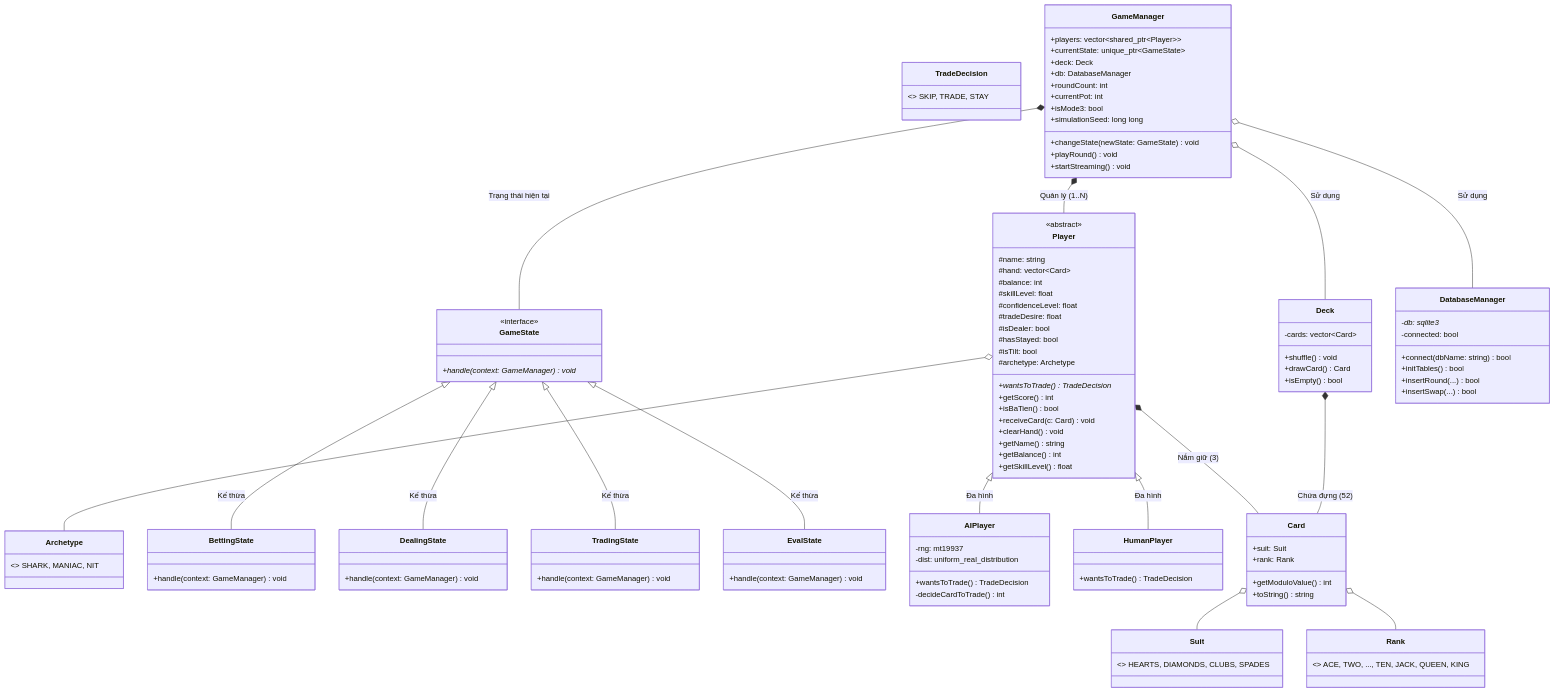
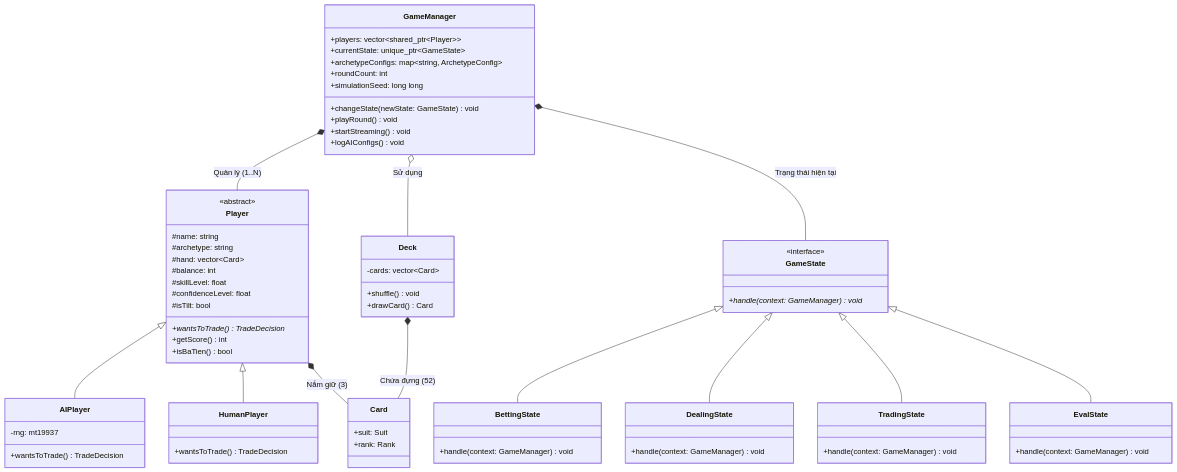
The diagram in docs/OOP_ARCHITECTURE.md (trung-nova/BaiCaoCai_Simulator-DEV), drawn with Mermaid before and after one commit. The commit also changed other lines of this file and 4 other files, not shown here.

````diff
--- a/docs/OOP_ARCHITECTURE.md
+++ b/docs/OOP_ARCHITECTURE.md
@@ -11,11 +9,5 @@
 ```mermaid
 classDiagram
-    %% --- Định nghĩa các Enums ---
-    class Suit { <<enumeration>> HEARTS, DIAMONDS, CLUBS, SPADES }
-    class Rank { <<enumeration>> ACE, TWO, ..., TEN, JACK, QUEEN, KING }
-    class Archetype { <<enumeration>> SHARK, MANIAC, NIT }
-    class TradeDecision { <<enumeration>> SKIP, TRADE, STAY }
-
     %% --- Giao diện Trạng thái (State Pattern) ---
     class GameState {
         <<interface>>
@@ -27,95 +19,67 @@
     class TradingState { +handle(context: GameManager) void }
     class EvalState { +handle(context: GameManager) void }
 
-    GameState <|-- BettingState : Kế thừa
-    GameState <|-- DealingState : Kế thừa
-    GameState <|-- TradingState : Kế thừa
-    GameState <|-- EvalState : Kế thừa
+    GameState <|-- BettingState
+    GameState <|-- DealingState
+    GameState <|-- TradingState
+    GameState <|-- EvalState
 
     %% --- Lớp trừu tượng Người chơi (Polymorphism) ---
     class Player {
         <<abstract>>
         #name: string
+        #archetype: string
         #hand: vector~Card~
         #balance: int
         #skillLevel: float
         #confidenceLevel: float
-        #tradeDesire: float
-        #isDealer: bool
-        #hasStayed: bool
         #isTilt: bool
-        #archetype: Archetype
         +wantsToTrade()* TradeDecision
         +getScore() int
         +isBaTien() bool
-        +receiveCard(c: Card) void
-        +clearHand() void
-        +getName() string
-        +getBalance() int
-        +getSkillLevel() float
     }
 
     class AIPlayer {
         -rng: mt19937
-        -dist: uniform_real_distribution
         +wantsToTrade() TradeDecision
-        -decideCardToTrade() int
     }
 
     class HumanPlayer {
         +wantsToTrade() TradeDecision
     }
 
-    Player <|-- AIPlayer : Đa hình
-    Player <|-- HumanPlayer : Đa hình
-    Player o-- Archetype
+    Player <|-- AIPlayer
+    Player <|-- HumanPlayer
 
     %% --- Lớp Điều khiển Trung tâm ---
     class GameManager {
         +players: vector~shared_ptr~Player~~
         +currentState: unique_ptr~GameState~
-        +deck: Deck
-        +db: DatabaseManager
+        +archetypeConfigs: map~string, ArchetypeConfig~
         +roundCount: int
-        +currentPot: int
-        +isMode3: bool
         +simulationSeed: long long
         +changeState(newState: GameState) void
         +playRound() void
         +startStreaming() void
+        +logAIConfigs() void
     }
 
     %% --- Lớp Dữ liệu & Tiện ích ---
     class Card {
         +suit: Suit
         +rank: Rank
-        +getModuloValue() int
-        +toString() string
     }
 
     class Deck {
         -cards: vector~Card~
         +shuffle() void
         +drawCard() Card
-        +isEmpty() bool
     }
 
-    class DatabaseManager {
-        -db: sqlite3*
-        -connected: bool
-        +connect(dbName: string) bool
-        +initTables() bool
-        +insertRound(...) bool
-        +insertSwap(...) bool
-    }
-
-    %% --- Mối quan hệ giữa các lớp ---
+    %% --- Mối quan hệ ---
     GameManager *-- Player : Quản lý (1..N)
     GameManager *-- GameState : Trạng thái hiện tại
     GameManager o-- Deck : Sử dụng
-    GameManager o-- DatabaseManager : Sử dụng
     Player *-- Card : Nắm giữ (3)
-    Card o-- Suit
-    Card o-- Rank
     Deck *-- Card : Chứa đựng (52)
 ```
````
